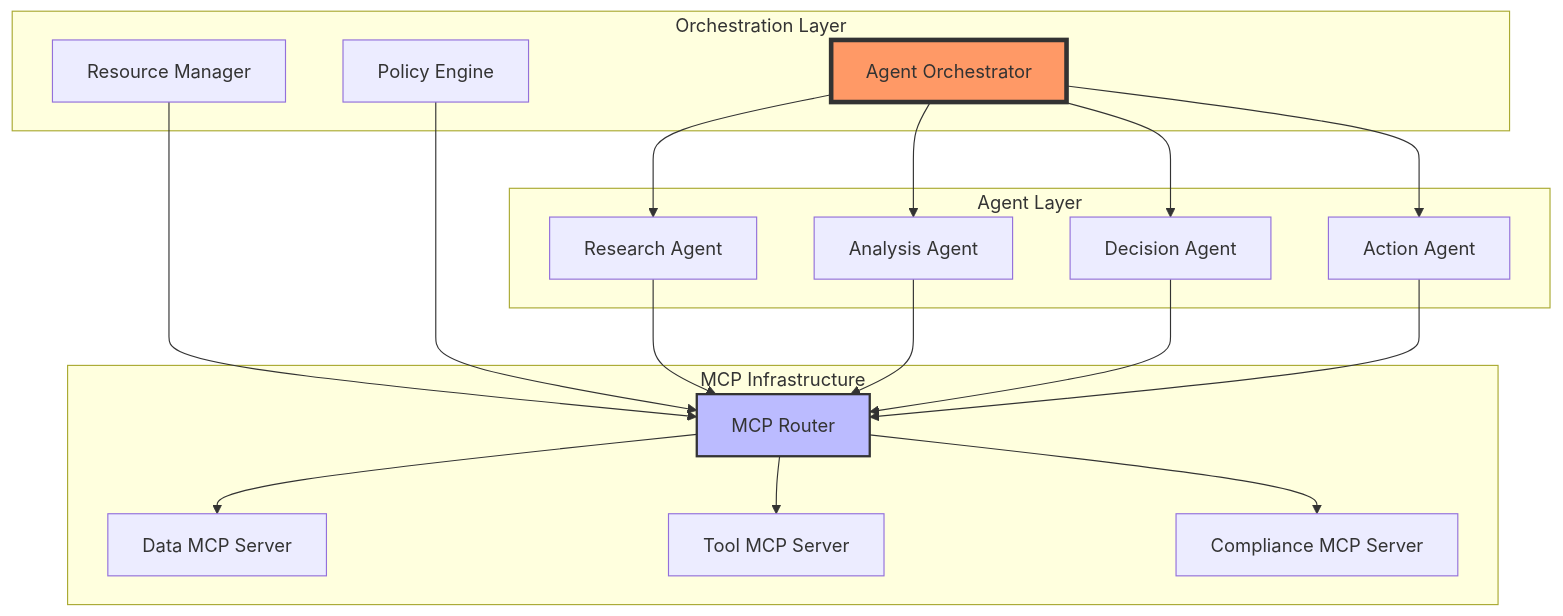
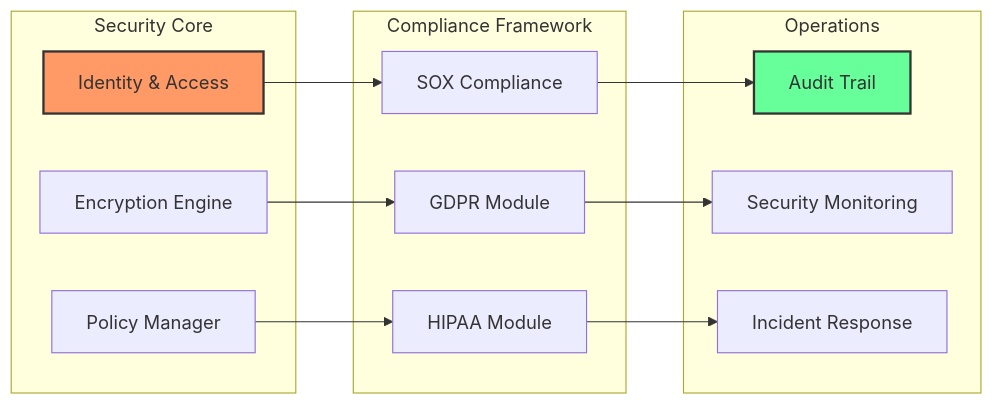
One commit to felipepimentel/my-public-notes changed the fourth of 17 diagrams in docs/AI/Comunicação/MCP/16-mcp-analise preditiva.md. Above: the diagram before and after it, drawn with Mermaid. The commit also changed other lines of this file and 11 other files, not shown here.

````diff
--- a/docs/AI/Comunicação/MCP/16-mcp-analise preditiva.md
+++ b/docs/AI/Comunicação/MCP/16-mcp-analise preditiva.md
@@ -110,42 +225,31 @@
 ```mermaid
-graph TD
-    subgraph "Orchestration Layer"
-        O[Agent Orchestrator]
-        R[Resource Manager]
-        P[Policy Engine]
+graph LR
+    subgraph "Security Core"
+        IAM[Identity & Access]
+        ENC[Encryption Engine]
+        POL[Policy Manager]
     end
     
-    subgraph "Agent Layer"
-        A1[Research Agent]
-        A2[Analysis Agent]
-        A3[Decision Agent]
-        A4[Action Agent]
+    subgraph "Compliance Framework"
+        SOX[SOX Compliance]
+        GDPR[GDPR Module]
+        HIPAA[HIPAA Module]
     end
     
-    subgraph "MCP Infrastructure"
-        M[MCP Router]
-        S1[Data MCP Server]
-        S2[Tool MCP Server]
-        S3[Compliance MCP Server]
+    subgraph "Operations"
+        AUD[Audit Trail]
+        MON[Security Monitoring]
+        INC[Incident Response]
     end
     
-    O --> A1
-    O --> A2
-    O --> A3
-    O --> A4
+    IAM --> SOX
+    ENC --> GDPR
+    POL --> HIPAA
     
-    R --> M
-    P --> M
+    SOX --> AUD
+    GDPR --> MON
+    HIPAA --> INC
     
-    A1 --> M
-    A2 --> M
-    A3 --> M
-    A4 --> M
-    
-    M --> S1
-    M --> S2
-    M --> S3
-    
-    style O fill:#f96,stroke:#333,stroke-width:4px
-    style M fill:#bbf,stroke:#333,stroke-width:2px
+    style IAM fill:#f96,stroke:#333,stroke-width:2px
+    style AUD fill:#6f9,stroke:#333,stroke-width:2px
 ```
````
